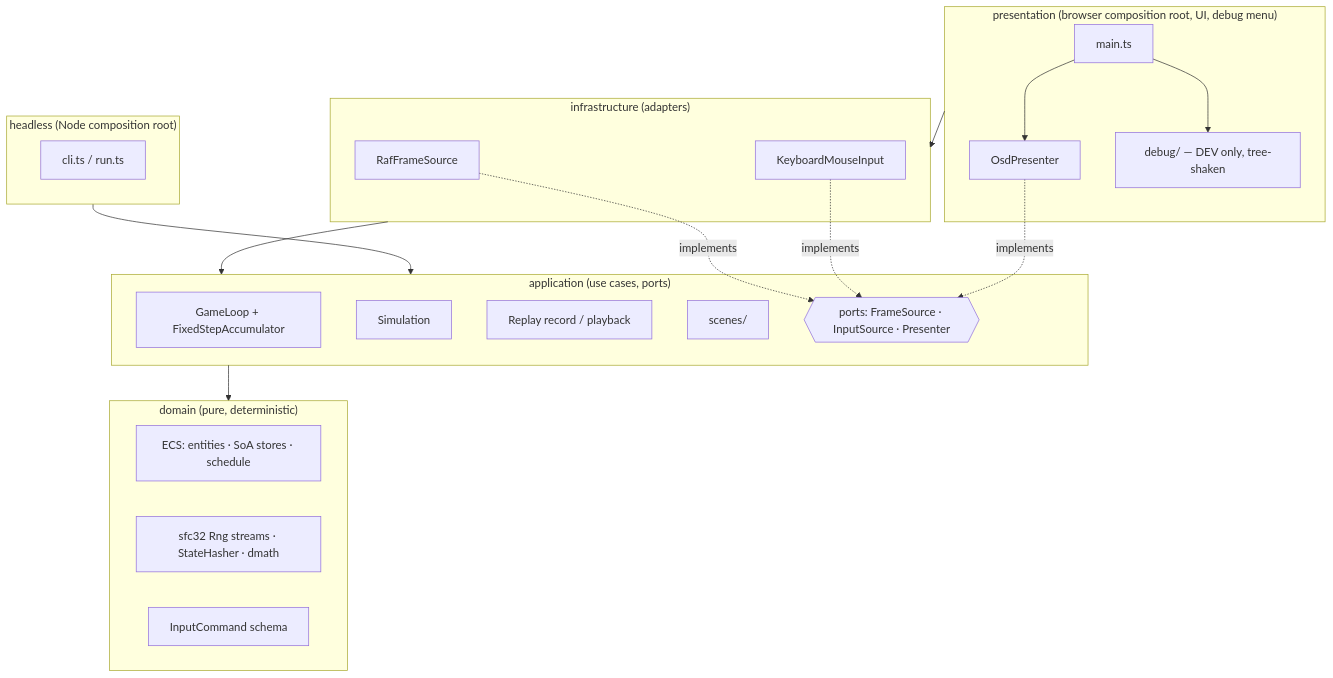
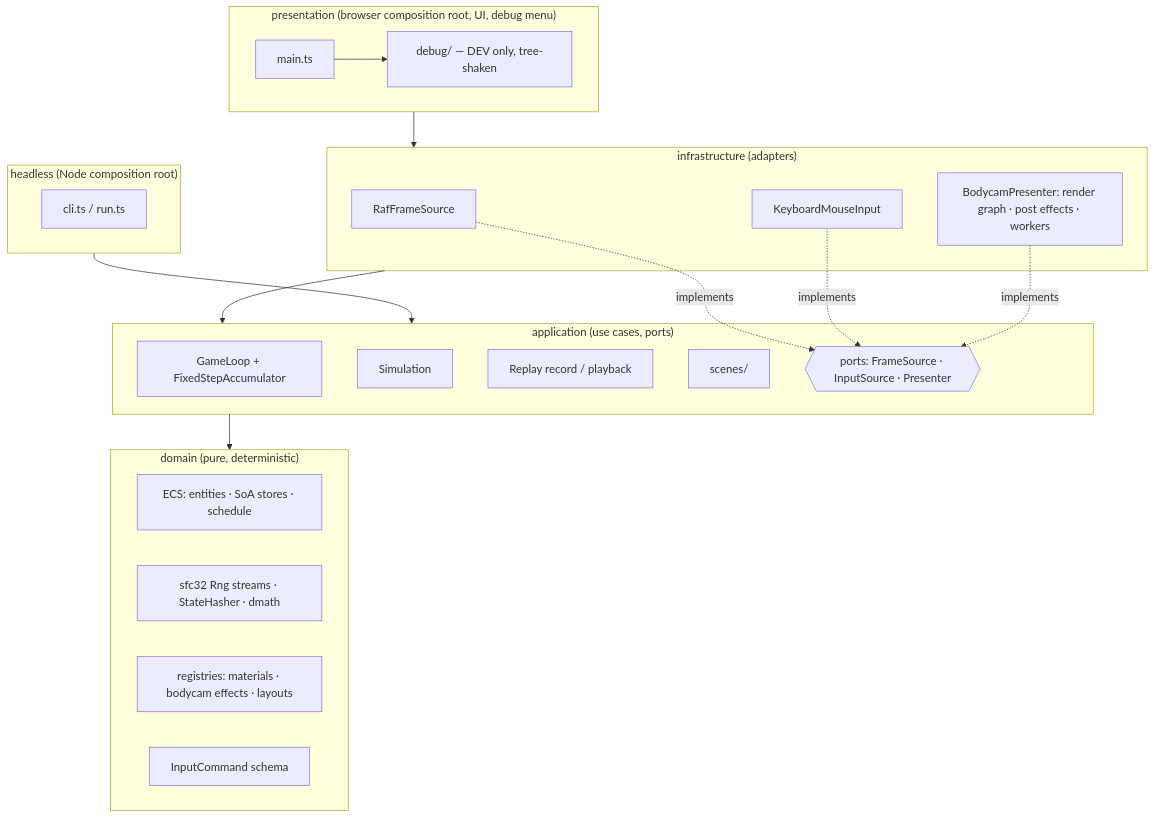
One commit to bandiwor/war changed the diagram in docs/architecture.md. Above: the diagram before and after it, drawn with Mermaid. The commit also changed other lines of this file and 98 other files, not shown here.

````diff
--- a/docs/architecture.md
+++ b/docs/architecture.md
@@ -3,31 +3,33 @@
 ```mermaid
 flowchart TB
   subgraph presentation["presentation (browser composition root, UI, debug menu)"]
-    main[main.ts] --> osd[OsdPresenter]
+    main[main.ts]
     main --> debug[debug/ — DEV only, tree-shaken]
   end
   subgraph headless["headless (Node composition root)"]
     cli[cli.ts / run.ts]
   end
   subgraph infrastructure["infrastructure (adapters)"]
     raf[RafFrameSource]
     kbd[KeyboardMouseInput]
+    rend[BodycamPresenter: render graph · post effects · workers]
   end
   subgraph application["application (use cases, ports)"]
     loop[GameLoop + FixedStepAccumulator]
     sim[Simulation]
     replay[Replay record / playback]
     scenes[scenes/]
     ports{{ports: FrameSource · InputSource · Presenter}}
   end
   subgraph domain["domain (pure, deterministic)"]
     ecs[ECS: entities · SoA stores · schedule]
     math[sfc32 Rng streams · StateHasher · dmath]
+    data[registries: materials · bodycam effects · layouts]
     input[InputCommand schema]
   end
   presentation --> infrastructure --> application --> domain
   headless --> application
   raf -. implements .-> ports
   kbd -. implements .-> ports
-  osd -. implements .-> ports
+  rend -. implements .-> ports
 ```
````
